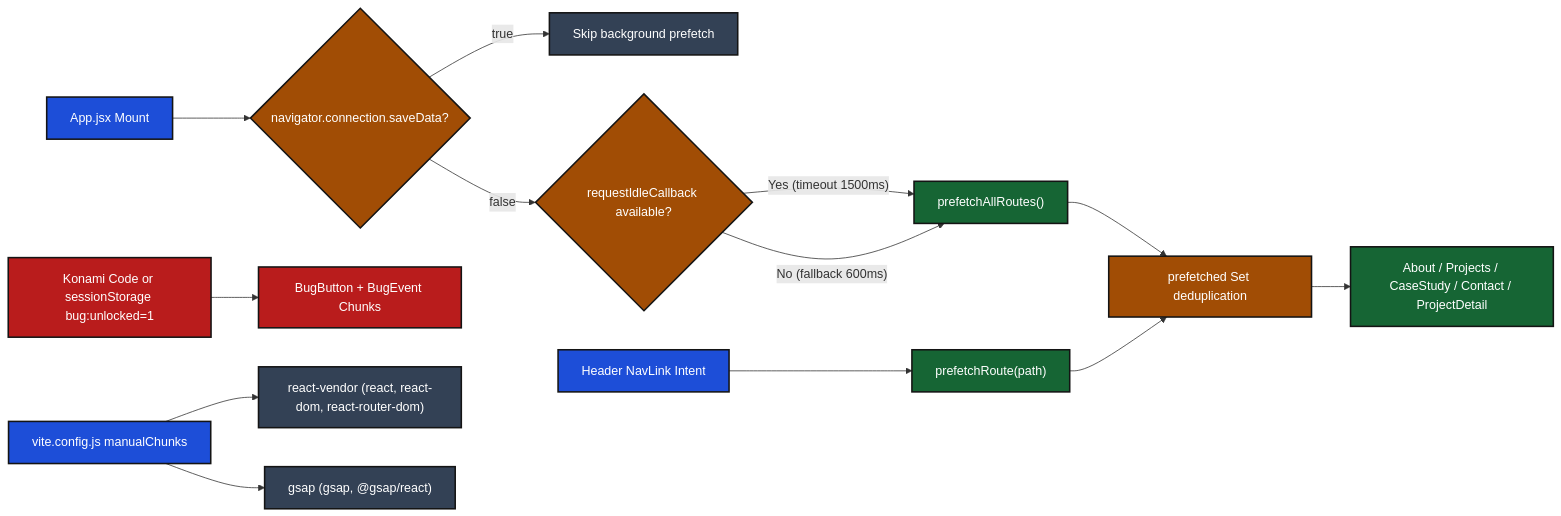
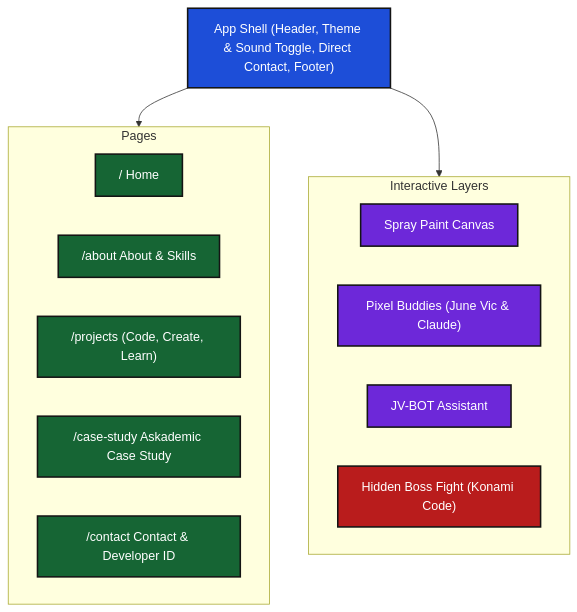
The first of 2 diagrams in README.md (EcomineAI/portfolioJVRS-), drawn with Mermaid before and after one commit. The commit also changed other lines of this file, not shown here.

````diff
--- a/README.md
+++ b/README.md
@@ -108,28 +21,34 @@
 ```mermaid
-flowchart LR
-  classDef blue fill:#1d4ed8,stroke:#141414,stroke-width:2px,color:#ffffff
-  classDef green fill:#166534,stroke:#141414,stroke-width:2px,color:#ffffff
-  classDef amber fill:#a14d05,stroke:#141414,stroke-width:2px,color:#ffffff
-  classDef red fill:#b91c1c,stroke:#141414,stroke-width:2px,color:#ffffff
-  classDef slate fill:#334155,stroke:#141414,stroke-width:2px,color:#ffffff
+flowchart TB
+  classDef shell fill:#1d4ed8,stroke:#141414,stroke-width:2px,color:#ffffff
+  classDef page fill:#166534,stroke:#141414,stroke-width:2px,color:#ffffff
+  classDef extra fill:#6d28d9,stroke:#141414,stroke-width:2px,color:#ffffff
+  classDef secret fill:#b91c1c,stroke:#141414,stroke-width:2px,color:#ffffff
 
-  MOUNT["App.jsx Mount"] --> SAVE{"navigator.connection.saveData?"}
-  SAVE -->|"true"| SKIP["Skip background prefetch"]
-  SAVE -->|"false"| IDLE{"requestIdleCallback available?"}
-  IDLE -->|"Yes (timeout 1500ms)"| PRELOAD["prefetchAllRoutes()"]
-  IDLE -->|"No (fallback 600ms)"| PRELOAD
-  HOVER["Header NavLink Intent"] --> PREONE["prefetchRoute(path)"]
-  PRELOAD --> DEDUP["prefetched Set deduplication"]
-  PREONE --> DEDUP
+  SHELL["App Shell (Header, Theme & Sound Toggle, Direct Contact, Footer)"]
 
-  DEDUP --> C1["About / Projects / CaseStudy / Contact / ProjectDetail"]
-  KONAMI["Konami Code or sessionStorage bug:unlocked=1"] --> C2["BugButton + BugEvent Chunks"]
-  VITE["vite.config.js manualChunks"] --> V1["react-vendor (react, react-dom, react-router-dom)"]
-  VITE --> V2["gsap (gsap, @gsap/react)"]
+  subgraph PAGES["Pages"]
+    direction LR
+    HOME["/ Home"]
+    ABOUT["/about About & Skills"]
+    PROJS["/projects (Code, Create, Learn)"]
+    CASE["/case-study Askademic Case Study"]
+    CONTACT["/contact Contact & Developer ID"]
+  end
 
-  class MOUNT,HOVER,VITE blue
-  class PRELOAD,PREONE,C1 green
-  class SAVE,IDLE,DEDUP amber
-  class KONAMI,C2 red
-  class SKIP,V1,V2 slate
+  subgraph EXTRAS["Interactive Layers"]
+    direction LR
+    SPRAY["Spray Paint Canvas"]
+    BUDDIES["Pixel Buddies (June Vic & Claude)"]
+    BOT["JV-BOT Assistant"]
+    BOSS["Hidden Boss Fight (Konami Code)"]
+  end
+
+  SHELL --> PAGES
+  SHELL --> EXTRAS
+
+  class SHELL shell
+  class HOME,ABOUT,PROJS,CASE,CONTACT page
+  class SPRAY,BUDDIES,BOT extra
+  class BOSS secret
 ```
````
